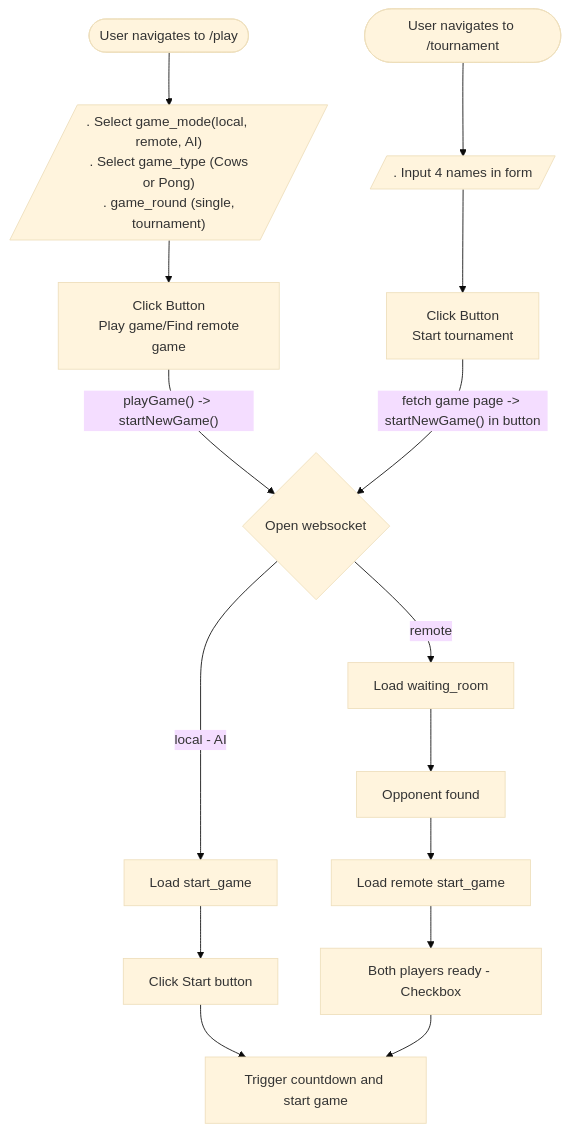
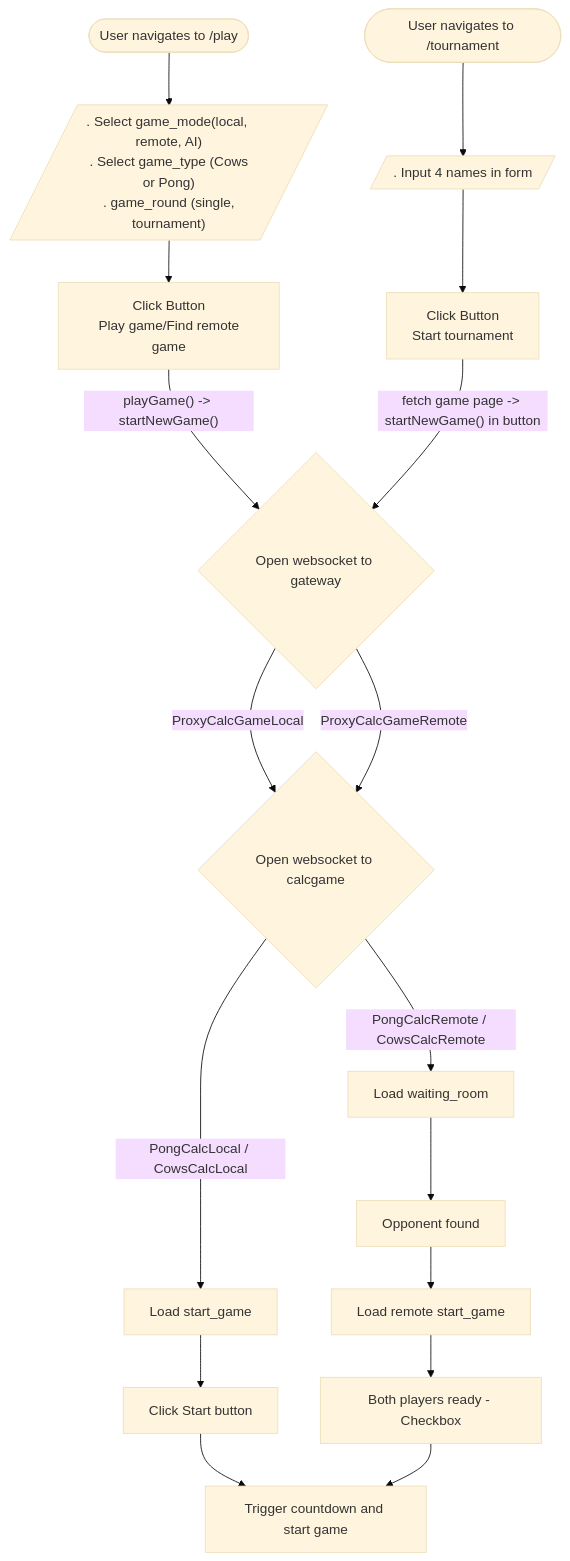
The diagram in docs/play_game.md (Panesico/ft_transcendence), drawn with Mermaid (base theme) before and after one commit. The commit also changed 10 other files, not shown here.

Commit message:
Added separates routes on calcgame for cows and pong, and separate waiting lists on gateway

````diff
--- a/docs/play_game.md
+++ b/docs/play_game.md
@@ -1,28 +1,31 @@
 ```mermaid
 
 
 flowchart TD
   A([User navigates to /play]) --> B[/". Select game_mode(local, remote, AI)<br> . Select game_type (Cows or Pong)<br> . game_round (single, tournament)"/]
 
   B --> E[Click Button<br> Play game/Find remote game]
   
 
-  E -->|"playGame() -> startNewGame()"| F{Open websocket}
+  E -->|"playGame() -> startNewGame()"| F{Open websocket to gateway}
   
-  F -->|local - AI| G[Load start_game]
-  F -->|remote| H[Load waiting_room ]
+  F -->|ProxyCalcGameLocal| F2{Open websocket to calcgame}
+  F -->|ProxyCalcGameRemote| F2{Open websocket to calcgame}
+
+  F2 -->|PongCalcLocal / CowsCalcLocal| G[Load start_game]
+  F2 -->|PongCalcRemote / CowsCalcRemote| H[Load waiting_room ]
   
   H --> I[Opponent found] --> J[Load remote start_game ]
 
   G --> K[Click Start button]
   J --> L[Both players ready - Checkbox]
 
   K --> M[Trigger countdown and start game]
   L --> M
 
 
   P([User navigates to /tournament]) --> Q[/". Input 4 names in form"/]
   Q --> R[Click Button<br> Start tournament]
   R -->|"fetch game page -> startNewGame() in button"| F
 
 ```
````
